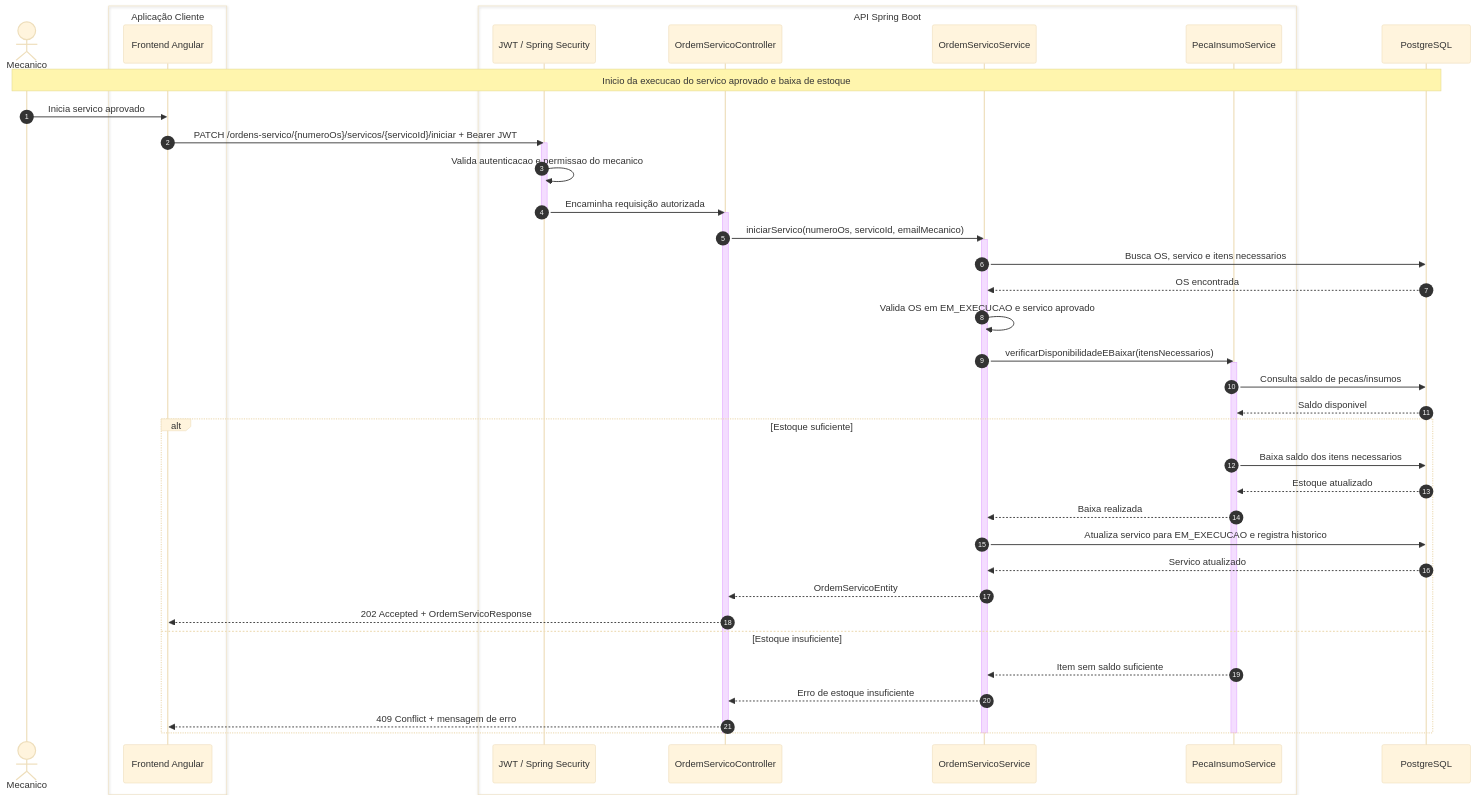
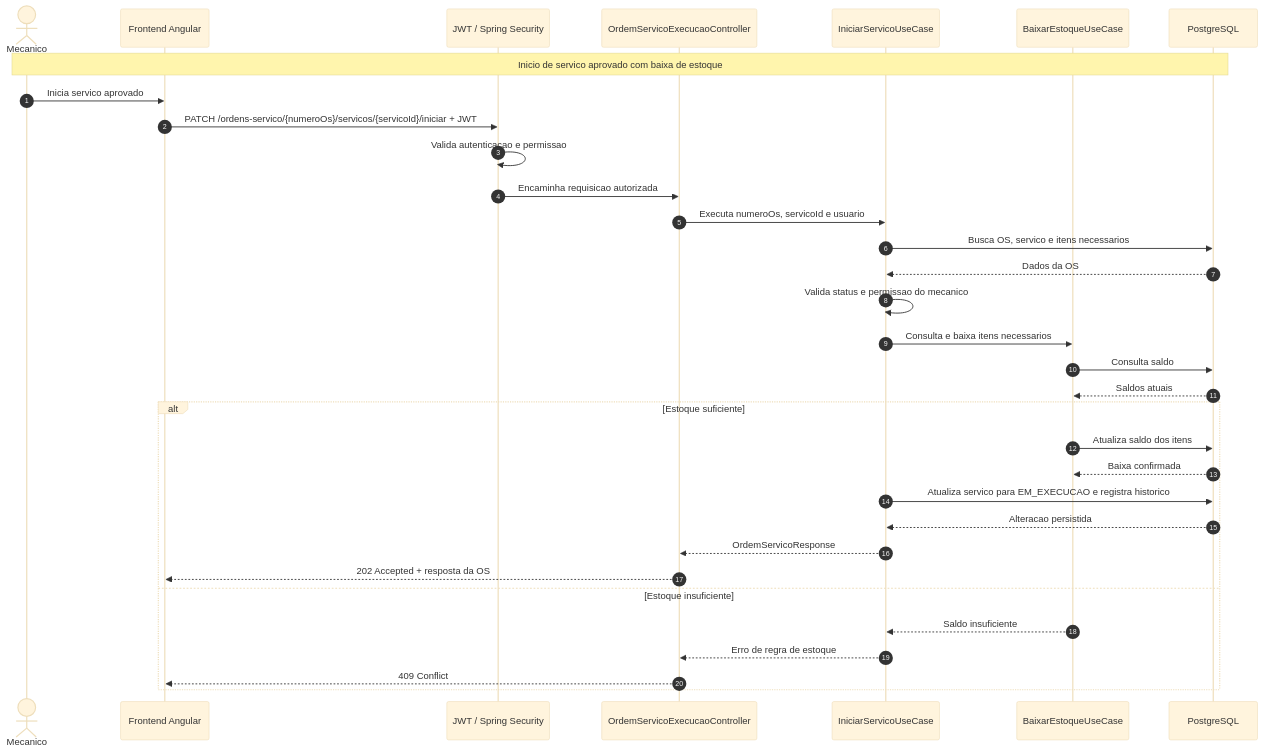
Before and after one commit to BrunoSousa06/autoflow: the diagram in docs/diagramas-sequencia/inicio_servico_baixa_estoque.mermaid, drawn with Mermaid (base theme). The commit also changed 23 other files, not shown here.

```diff
--- a/docs/diagramas-sequencia/inicio_servico_baixa_estoque.mermaid
+++ b/docs/diagramas-sequencia/inicio_servico_baixa_estoque.mermaid
@@ -1,62 +1,36 @@
 sequenceDiagram
     autonumber
 
     actor Mecanico
-
-    box Aplicação Cliente
-        participant Frontend as Frontend Angular
-    end
-
-    box API Spring Boot
-        participant Security as JWT / Spring Security
-        participant OSController as OrdemServicoController
-        participant OSService as OrdemServicoService
-        participant Estoque as PecaInsumoService
-    end
-
+    participant Frontend as Frontend Angular
+    participant Security as JWT / Spring Security
+    participant Controller as OrdemServicoExecucaoController
+    participant Iniciar as IniciarServicoUseCase
+    participant Estoque as BaixarEstoqueUseCase
     participant DB as PostgreSQL
-
-    Note over Mecanico,DB: Inicio da execucao do servico aprovado e baixa de estoque
+    Note over Mecanico, DB: Inicio de servico aprovado com baixa de estoque
 
     Mecanico->>Frontend: Inicia servico aprovado
-    Frontend->>Security: PATCH /ordens-servico/{numeroOs}/servicos/{servicoId}/iniciar + Bearer JWT
-
-    activate Security
-    Security->>Security: Valida autenticacao e permissao do mecanico
-    Security->>OSController: Encaminha requisição autorizada
-    deactivate Security
-
-    activate OSController
-    OSController->>OSService: iniciarServico(numeroOs, servicoId, emailMecanico)
-
-    activate OSService
-    OSService->>DB: Busca OS, servico e itens necessarios
-    DB-->>OSService: OS encontrada
-
-    OSService->>OSService: Valida OS em EM_EXECUCAO e servico aprovado
-
-    OSService->>Estoque: verificarDisponibilidadeEBaixar(itensNecessarios)
-    activate Estoque
-
-    Estoque->>DB: Consulta saldo de pecas/insumos
-    DB-->>Estoque: Saldo disponivel
+    Frontend ->> Security: PATCH /ordens-servico/{numeroOs}/servicos/{servicoId}/iniciar + JWT
+    Security ->> Security: Valida autenticacao e permissao
+    Security ->> Controller: Encaminha requisicao autorizada
+    Controller ->> Iniciar: Executa numeroOs, servicoId e usuario
+    Iniciar ->> DB: Busca OS, servico e itens necessarios
+    DB -->> Iniciar: Dados da OS
+    Iniciar ->> Iniciar: Valida status e permissao do mecanico
+    Iniciar ->> Estoque: Consulta e baixa itens necessarios
+    Estoque ->> DB: Consulta saldo
+    DB -->> Estoque: Saldos atuais
 
     alt Estoque suficiente
-        Estoque->>DB: Baixa saldo dos itens necessarios
-        DB-->>Estoque: Estoque atualizado
-        Estoque-->>OSService: Baixa realizada
-
-        OSService->>DB: Atualiza servico para EM_EXECUCAO e registra historico
-        DB-->>OSService: Servico atualizado
-
-        OSService-->>OSController: OrdemServicoEntity
-        OSController-->>Frontend: 202 Accepted + OrdemServicoResponse
+        Estoque ->> DB: Atualiza saldo dos itens
+        DB -->> Estoque: Baixa confirmada
+        Iniciar ->> DB: Atualiza servico para EM_EXECUCAO e registra historico
+        DB -->> Iniciar: Alteracao persistida
+        Iniciar -->> Controller: OrdemServicoResponse
+        Controller -->> Frontend: 202 Accepted + resposta da OS
     else Estoque insuficiente
-        Estoque-->>OSService: Item sem saldo suficiente
-        OSService-->>OSController: Erro de estoque insuficiente
-        OSController-->>Frontend: 409 Conflict + mensagem de erro
+        Estoque -->> Iniciar: Saldo insuficiente
+        Iniciar -->> Controller: Erro de regra de estoque
+        Controller -->> Frontend: 409 Conflict
     end
-
-    deactivate Estoque
-    deactivate OSService
-    deactivate OSController
```
